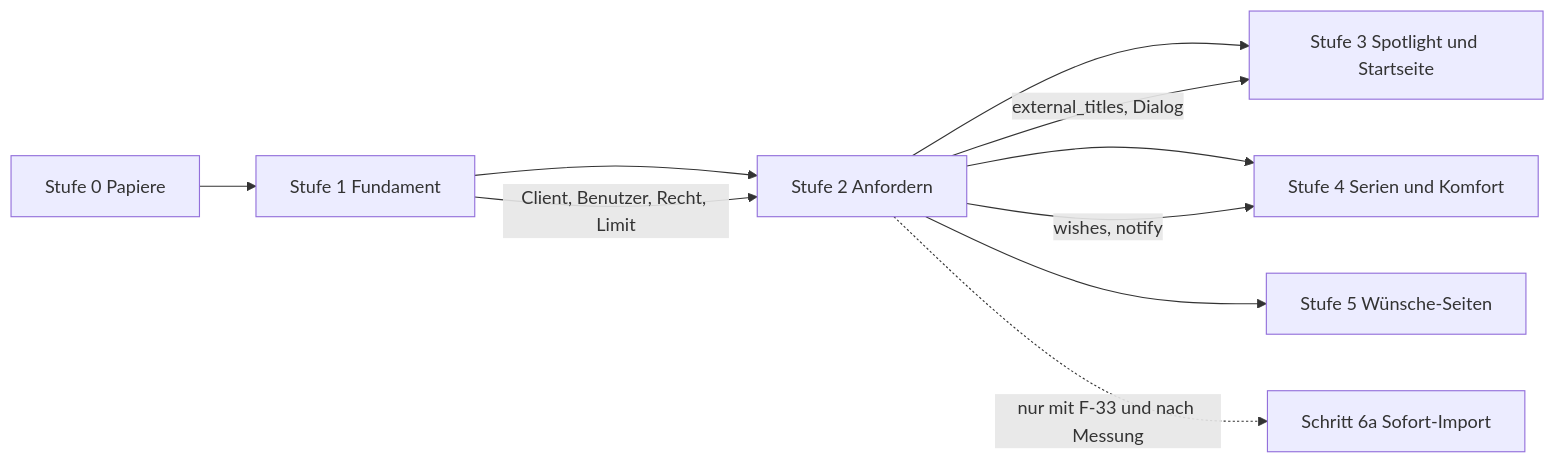
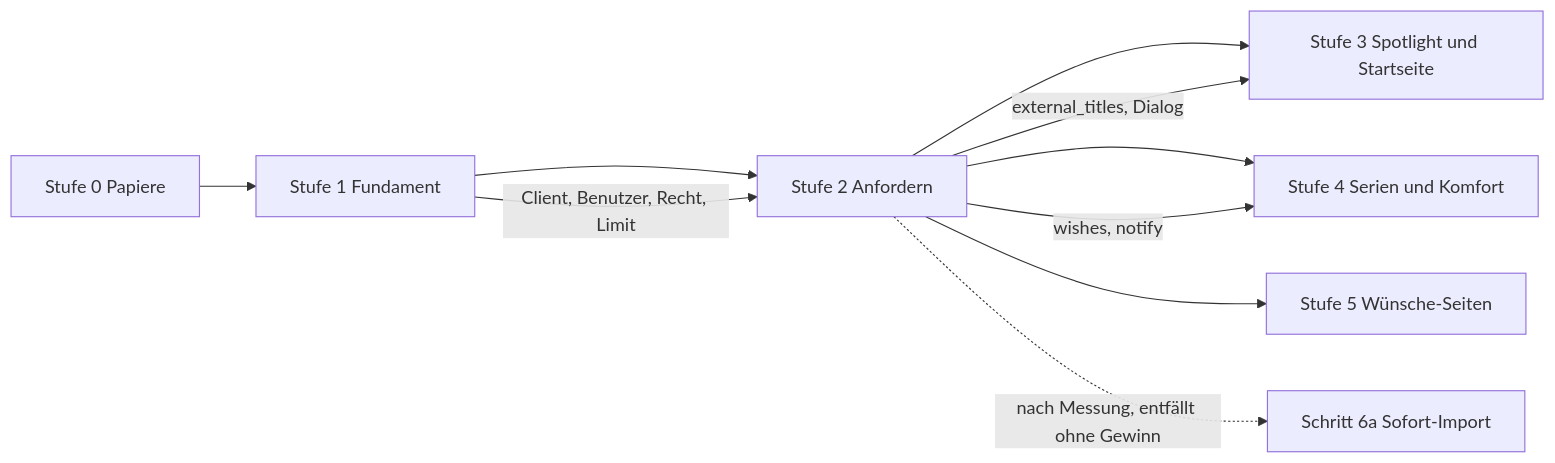
The diagram in docs/planning/25-medienwuensche/09-umsetzungsplan.md (SlouchCat/slouchcat), drawn with Mermaid before and after one commit. The commit also changed other lines of this file and 30 other files, not shown here.

````diff
--- a/docs/planning/25-medienwuensche/09-umsetzungsplan.md
+++ b/docs/planning/25-medienwuensche/09-umsetzungsplan.md
@@ -273,12 +280,12 @@
 ```mermaid
 flowchart LR
   S0["Stufe 0 Papiere"] --> S1["Stufe 1 Fundament"]
   S1 --> S2["Stufe 2 Anfordern"]
   S2 --> S3["Stufe 3 Spotlight und Startseite"]
   S2 --> S4["Stufe 4 Serien und Komfort"]
   S1 -->|"Client, Benutzer, Recht, Limit"| S2
   S2 -->|"external_titles, Dialog"| S3
   S2 -->|"wishes, notify"| S4
   S2 --> S5["Stufe 5 Wünsche-Seiten"]
-  S2 -.->|"nur mit F-33 und nach Messung"| S6a["Schritt 6a Sofort-Import"]
+  S2 -.->|"nach Messung, entfällt ohne Gewinn"| S6a["Schritt 6a Sofort-Import"]
 ```
````
